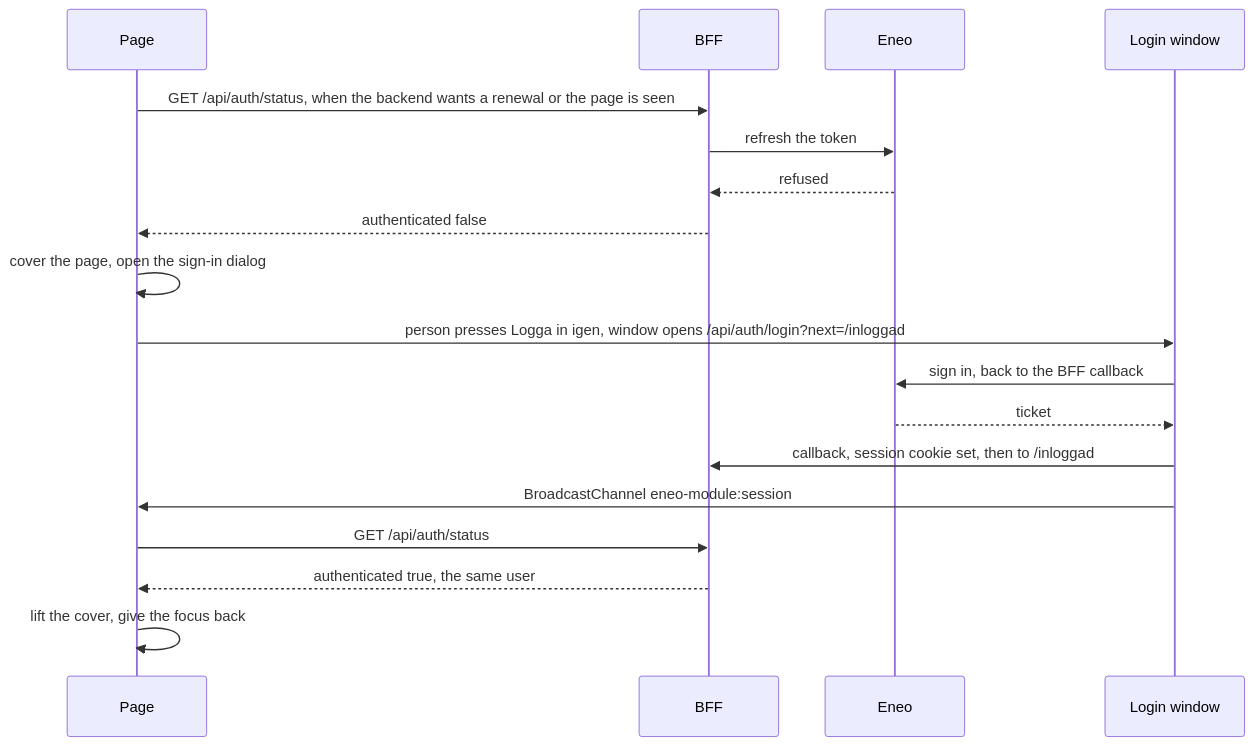
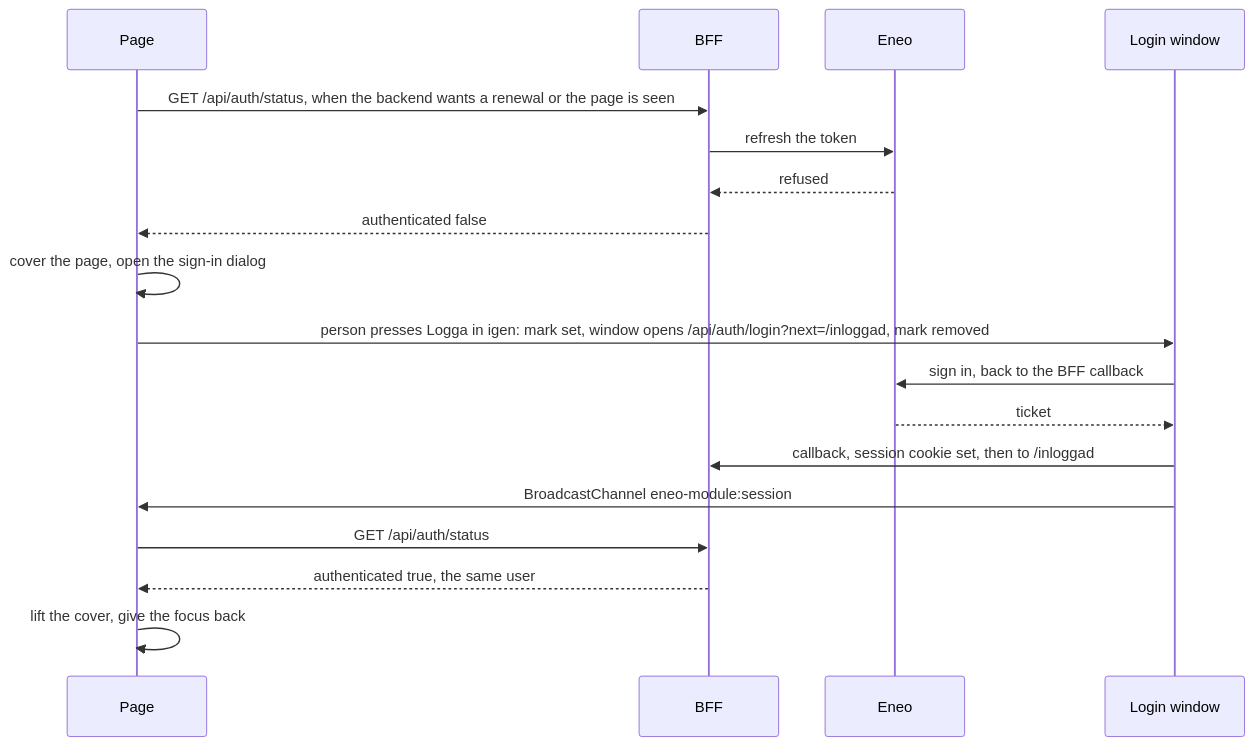
Before and after one commit to eneo-ai/eneo-module-kit: the tenth of 14 diagrams in docs/architecture.md, drawn with Mermaid. The commit also changed other lines of this file and 31 other files, not shown here.

````diff
--- a/docs/architecture.md
+++ b/docs/architecture.md
@@ -269,20 +269,20 @@
 ```mermaid
 sequenceDiagram
   participant P as Page
   participant B as BFF
   participant E as Eneo
   participant W as Login window
   P->>B: GET /api/auth/status, when the backend wants a renewal or the page is seen
   B->>E: refresh the token
   E-->>B: refused
   B-->>P: authenticated false
   P->>P: cover the page, open the sign-in dialog
-  P->>W: person presses Logga in igen, window opens /api/auth/login?next=/inloggad
+  P->>W: person presses Logga in igen: mark set, window opens /api/auth/login?next=/inloggad, mark removed
   W->>E: sign in, back to the BFF callback
   E-->>W: ticket
   W->>B: callback, session cookie set, then to /inloggad
   W->>P: BroadcastChannel eneo-module:session
   P->>B: GET /api/auth/status
   B-->>P: authenticated true, the same user
   P->>P: lift the cover, give the focus back
 ```
````
